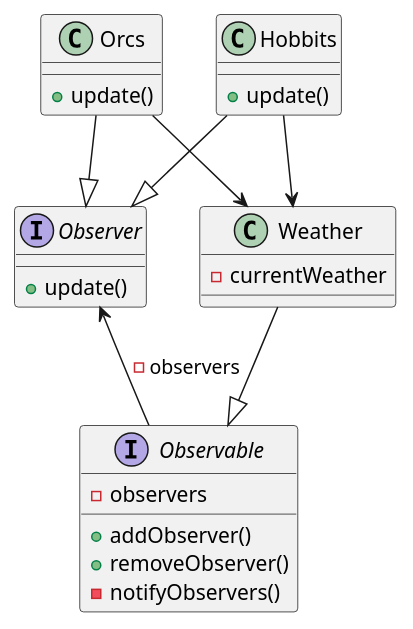
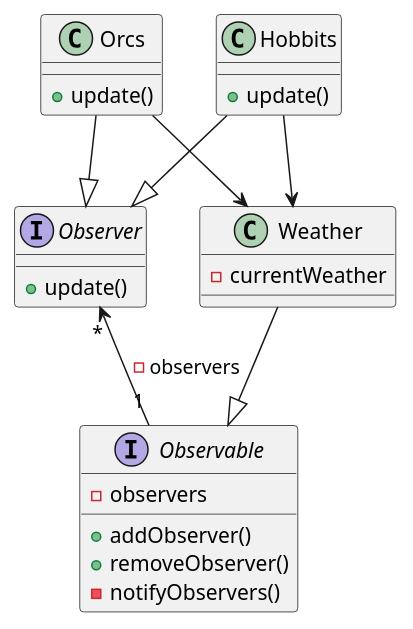
Before and after one commit to Drunkman/kotlin-design-pattern: the diagram in src/main/kotlin/com/mgy/observer/generic/observer.puml, drawn with PlantUML. The commit also changed 5 other files, not shown here.

```diff
--- a/src/main/kotlin/com/mgy/observer/generic/observer.puml
+++ b/src/main/kotlin/com/mgy/observer/generic/observer.puml
@@ -1,33 +1,33 @@
 @startuml
 
 interface Observer{
     +update()
 }
 
 interface Observable{
     -observers
     +addObserver()
     +removeObserver()
     -notifyObservers()
 }
 
 class Orcs{
     +update()
 }
 
 class Hobbits{
     +update()
 }
 
 class Weather{
     -currentWeather
 }
 
 Orcs --|> Observer
 Orcs --> Weather
 Hobbits --|> Observer
 Hobbits --> Weather
 Weather --|> Observable
-Observable -left-> Observer: -observers
+Observable "1" -left-> "*" Observer: -observers
 
 @enduml
```
